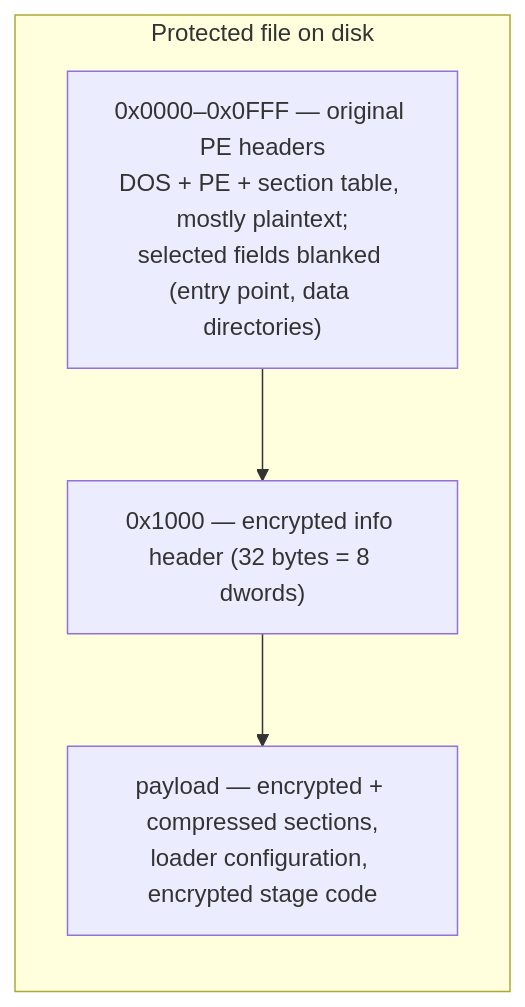
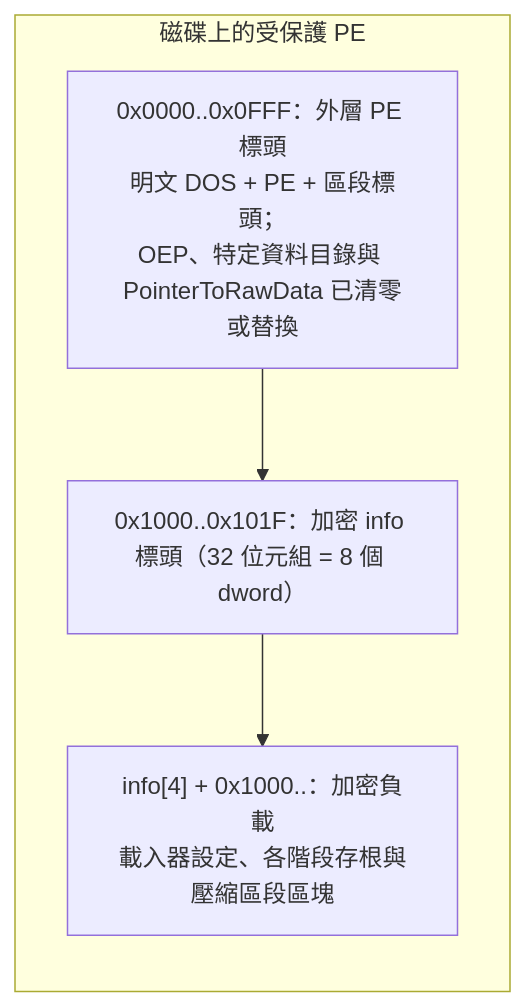
One commit to Momoko-Ayase/crackproof-research changed the diagram in internals/windows/zh-tw/file-structure/container-layout.md. Above: the diagram before and after it, drawn with Mermaid. The commit also changed other lines of this file and 446 other files, not shown here.

````diff
--- a/internals/windows/zh-tw/file-structure/container-layout.md
+++ b/internals/windows/zh-tw/file-structure/container-layout.md
@@ -11,10 +12,10 @@
 ```mermaid
 flowchart TB
-    subgraph FILE["Protected file on disk"]
+    subgraph FILE["磁碟上的受保護 PE"]
         direction TB
-        H["0x0000–0x0FFF — original PE headers<br/>DOS + PE + section table, mostly plaintext;<br/>selected fields blanked (entry point, data directories)"]
-        I["0x1000 — encrypted info header (32 bytes = 8 dwords)"]
-        P["payload — encrypted + compressed sections,<br/>loader configuration, encrypted stage code"]
+        H["0x0000..0x0FFF：外層 PE 標頭<br/>明文 DOS + PE + 區段標頭；<br/>OEP、特定資料目錄與 PointerToRawData 已清零或替換"]
+        I["0x1000..0x101F：加密 info 標頭（32 位元組 = 8 個 dword）"]
+        P["info[4] + 0x1000..：加密負載<br/>載入器設定、各階段存根與壓縮區段區塊"]
     end
     H --> I --> P
 ```
````
